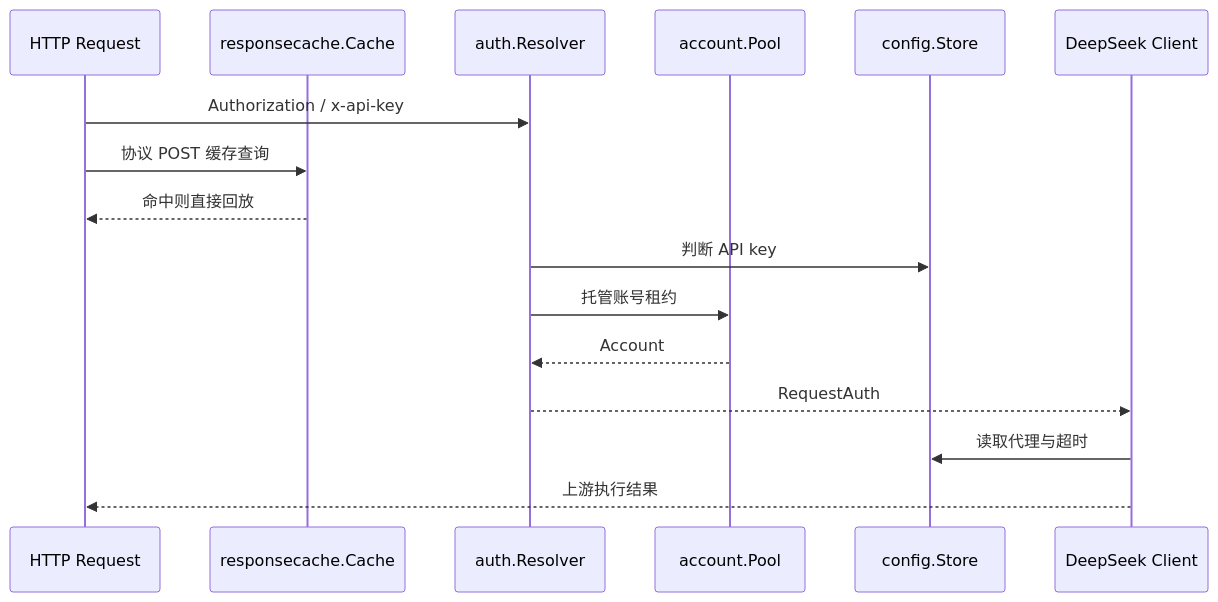
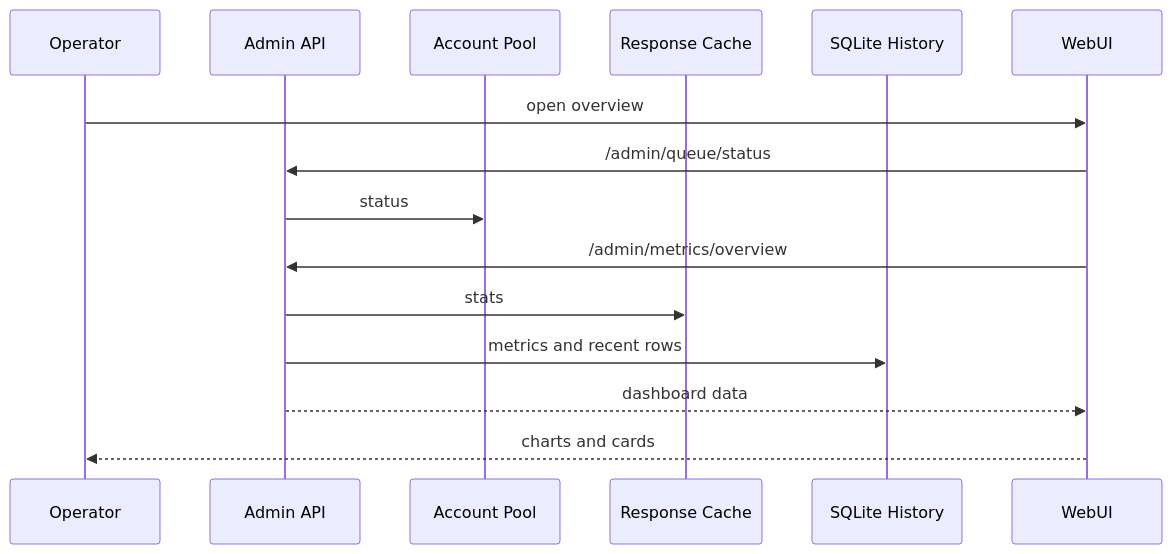
One commit to marklove5102/DeepSeek_Web_To_API changed the second of 2 diagrams in docs/Runtime Operations/Runtime Operations.md. Above: the diagram before and after it, drawn with Mermaid. The commit also changed other lines of this file and 27 other files, not shown here.

````diff
--- a/docs/Runtime Operations/Runtime Operations.md
+++ b/docs/Runtime Operations/Runtime Operations.md
@@ -111,18 +82,17 @@
 ```mermaid
 sequenceDiagram
-participant Req as HTTP Request
-participant Cache as responsecache.Cache
-participant Auth as auth.Resolver
-participant Pool as account.Pool
-participant Store as config.Store
-participant Client as DeepSeek Client
-Req->>Auth: Authorization / x-api-key
-Req->>Cache: 协议 POST 缓存查询
-Cache-->>Req: 命中则直接回放
-Auth->>Store: 判断 API key
-Auth->>Pool: 托管账号租约
-Pool-->>Auth: Account
-Auth-->>Client: RequestAuth
-Client->>Store: 读取代理与超时
-Client-->>Req: 上游执行结果
+participant Operator as Operator
+participant Admin as Admin API
+participant Queue as Account Pool
+participant Cache as Response Cache
+participant History as SQLite History
+participant WebUI as WebUI
+Operator->>WebUI: open overview
+WebUI->>Admin: /admin/queue/status
+Admin->>Queue: status
+WebUI->>Admin: /admin/metrics/overview
+Admin->>Cache: stats
+Admin->>History: metrics and recent rows
+Admin-->>WebUI: dashboard data
+WebUI-->>Operator: charts and cards
 ```
````
